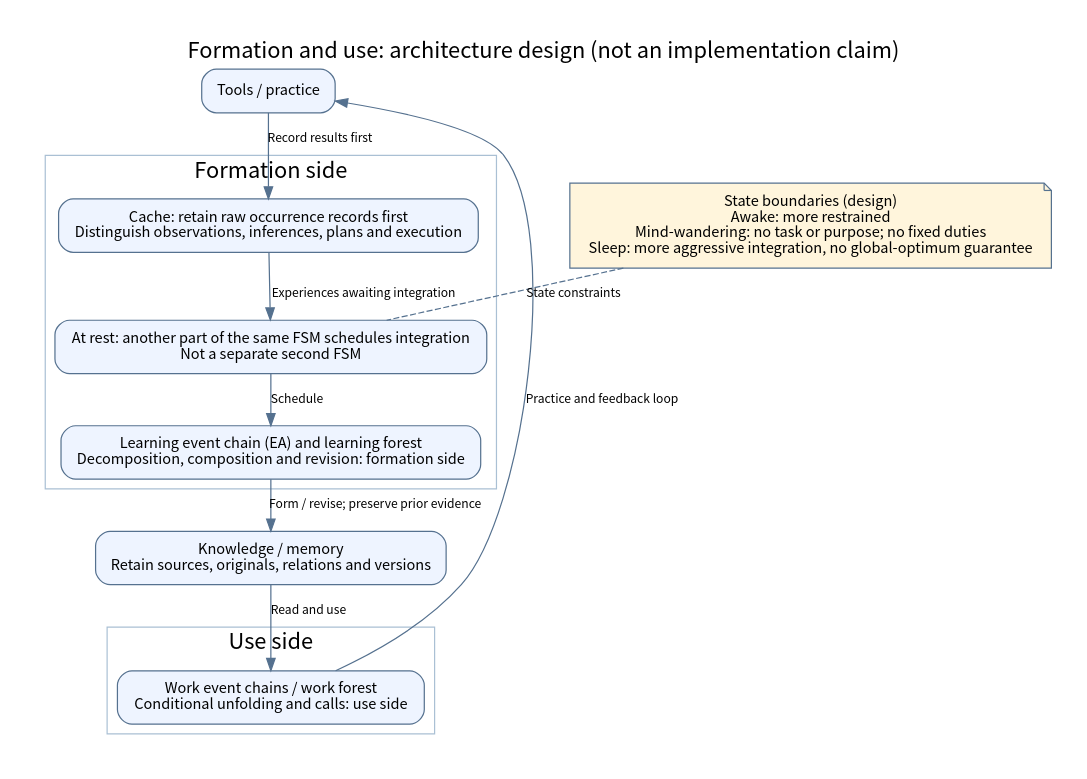
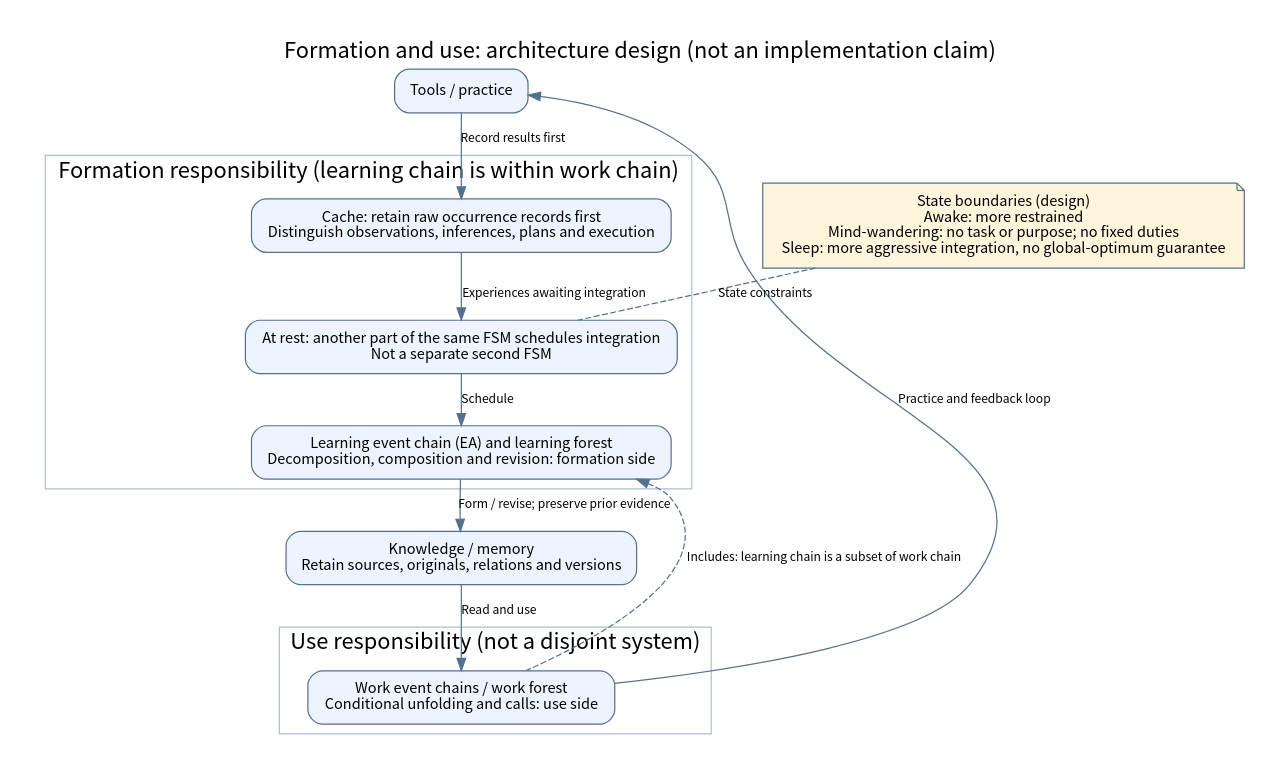
One commit to zhangyinghao977-beep/ai-memory-agent-framework changed the diagram in docs/diagrams/formation-use.en.dot. Above: the diagram before and after it, drawn with Graphviz. The commit also changed 20 other files, not shown here.

Commit message:
docs: clarify FSM takeover and learning event-chain inclusion

```diff
--- a/docs/diagrams/formation-use.en.dot
+++ b/docs/diagrams/formation-use.en.dot
@@ -1,21 +1,22 @@
 digraph G {
 graph [rankdir=TB, bgcolor="#ffffff", pad="0.3", nodesep="0.35", ranksep="0.45", fontname="Noto Sans CJK SC", fontsize=18, labelloc=t, label="Formation and use: architecture design (not an implementation claim)"];
 node [shape=box, style="rounded,filled", fillcolor="#eef4ff", color="#55718f", fontname="Noto Sans CJK SC", fontsize=12, margin="0.16,0.12"];
 edge [color="#55718f", fontname="Noto Sans CJK SC", fontsize=10];
 tools [label="Tools / practice"];
 cache [label="Cache: retain raw occurrence records first\nDistinguish observations, inferences, plans and execution"];
 fsm [label="At rest: another part of the same FSM schedules integration\nNot a separate second FSM"];
 learn [label="Learning event chain (EA) and learning forest\nDecomposition, composition and revision: formation side"];
 memory [label="Knowledge / memory\nRetain sources, originals, relations and versions"];
 work [label="Work event chains / work forest\nConditional unfolding and calls: use side"];
 states [label="State boundaries (design)\nAwake: more restrained\nMind-wandering: no task or purpose; no fixed duties\nSleep: more aggressive integration, no global-optimum guarantee",shape=note,fillcolor="#fff5dc"];
-subgraph cluster_0 {label="Formation side"; color="#aac0d4"; cache;fsm;learn;}
-subgraph cluster_1 {label="Use side"; color="#aac0d4"; work;}
+subgraph cluster_0 {label="Formation responsibility (learning chain is within work chain)"; color="#aac0d4"; cache;fsm;learn;}
+subgraph cluster_1 {label="Use responsibility (not a disjoint system)"; color="#aac0d4"; work;}
 tools -> cache [label="Record results first"];
 cache -> fsm [label="Experiences awaiting integration"];
 fsm -> learn [label="Schedule"];
 learn -> memory [label="Form / revise; preserve prior evidence"];
 memory -> work [label="Read and use"];
+work -> learn [label="Includes: learning chain is a subset of work chain",style=dashed,constraint=false];
 work -> tools [label="Practice and feedback loop",constraint=false];
 states -> fsm [label="State constraints",style=dashed,arrowhead=none];
 }
```
